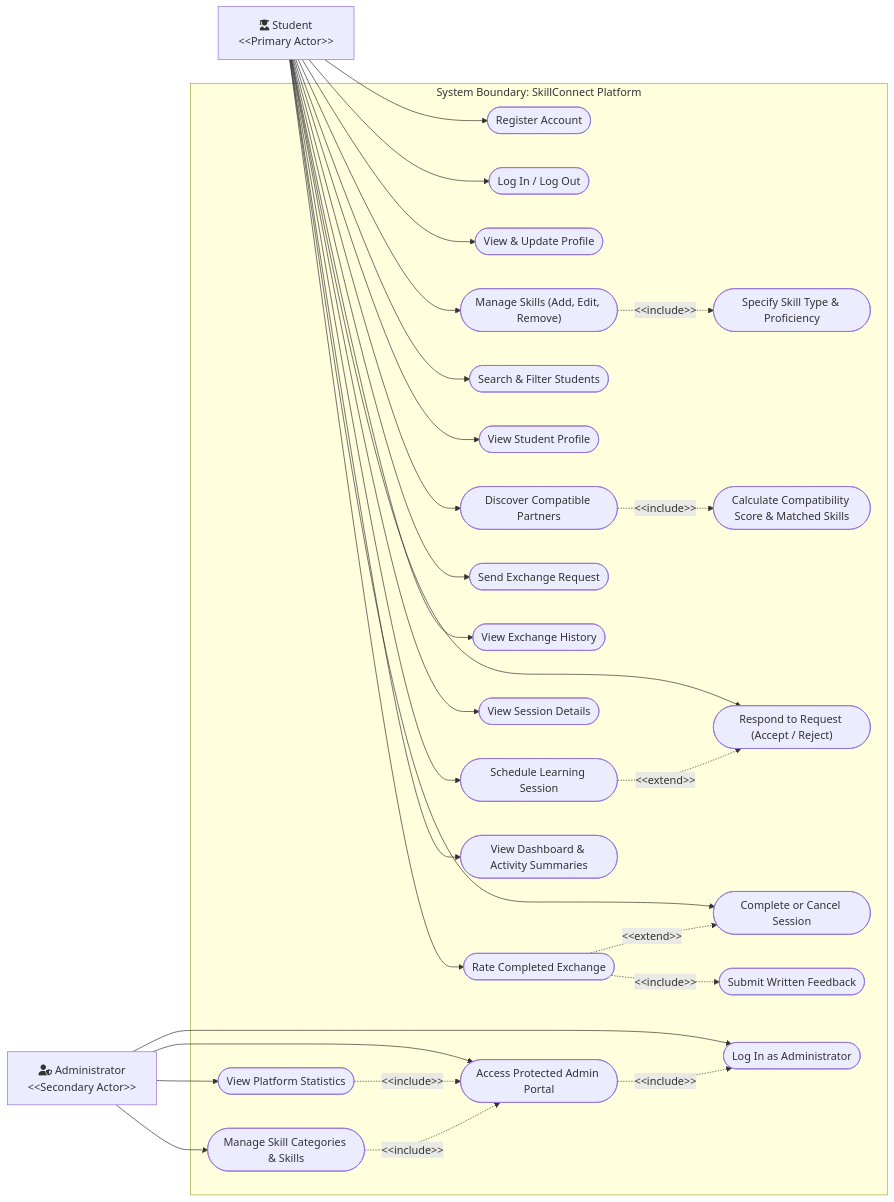
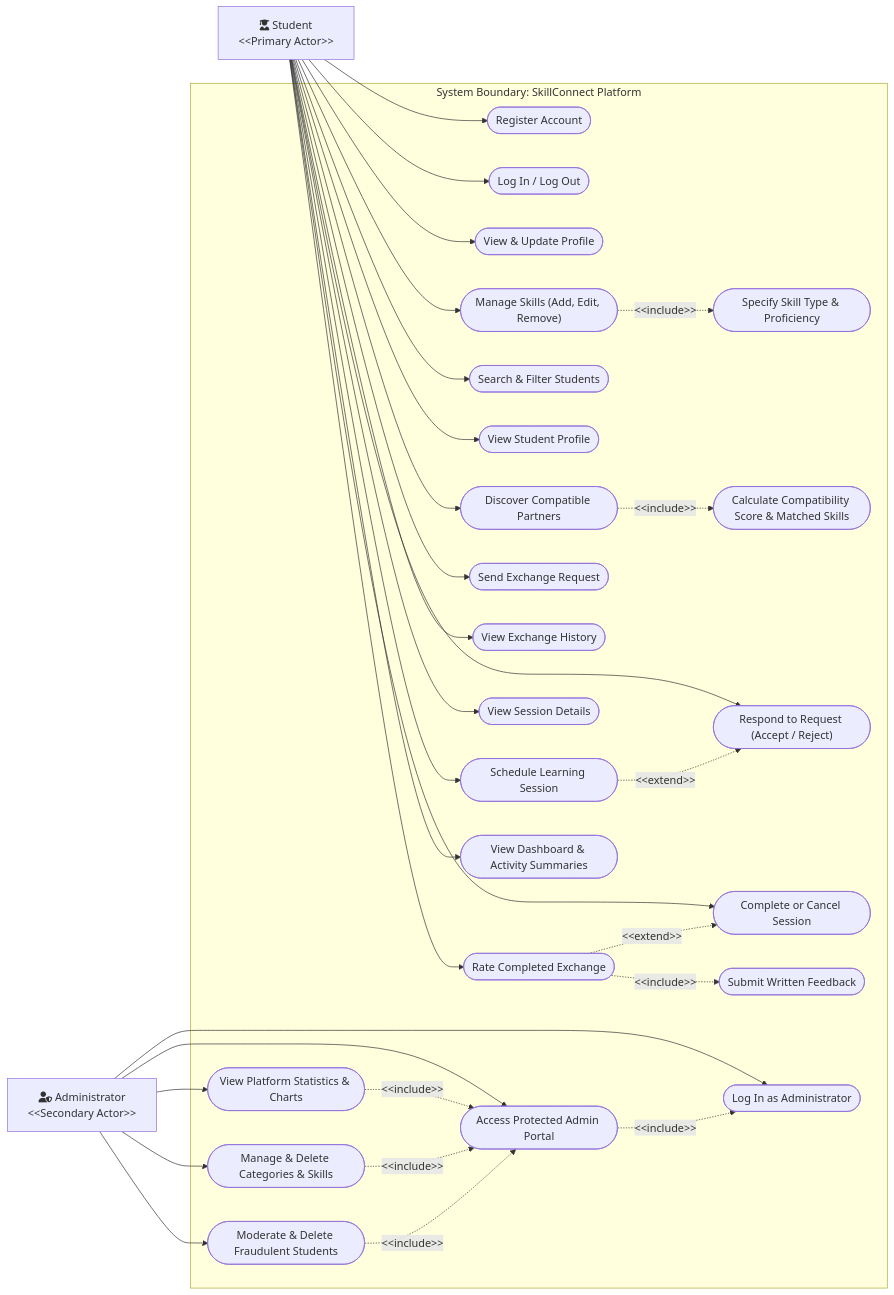
Before and after one commit to komalbhalshankar/SkillConnect: the diagram in docs/use_case_diagram.mmd, drawn with Mermaid. The commit also changed 15 other files, not shown here.

Commit message:
docs(diagrams): update UML Use Case, Class, Module Description diagrams and specs with admin moderation and analytics

```diff
--- a/docs/use_case_diagram.mmd
+++ b/docs/use_case_diagram.mmd
@@ -1,73 +1,76 @@
 flowchart LR
     %% Actors
     Student["fa:fa-user-graduate Student<br/>&lt;&lt;Primary Actor&gt;&gt;"]
     Admin["fa:fa-user-shield Administrator<br/>&lt;&lt;Secondary Actor&gt;&gt;"]
 
     subgraph SkillConnect ["System Boundary: SkillConnect Platform"]
         %% Module 1
         UC_Reg(["Register Account"])
         UC_Auth(["Log In / Log Out"])
         UC_Prof(["View & Update Profile"])
 
         %% Module 2
         UC_ManageSkills(["Manage Skills (Add, Edit, Remove)"])
         UC_SkillDetails(["Specify Skill Type & Proficiency"])
 
         %% Module 3
         UC_Search(["Search & Filter Students"])
         UC_ViewProfile(["View Student Profile"])
         UC_Discover(["Discover Compatible Partners"])
         UC_CalculateScore(["Calculate Compatibility Score & Matched Skills"])
 
         %% Module 4
         UC_SendRequest(["Send Exchange Request"])
         UC_RespondRequest(["Respond to Request (Accept / Reject)"])
         UC_History(["View Exchange History"])
         UC_Schedule(["Schedule Learning Session"])
         UC_SessionDetails(["View Session Details"])
         UC_CompleteSession(["Complete or Cancel Session"])
 
         %% Module 5
         UC_Rate(["Rate Completed Exchange"])
         UC_Feedback(["Submit Written Feedback"])
         UC_Dashboard(["View Dashboard & Activity Summaries"])
 
         %% Administration
         UC_AdminLogin(["Log In as Administrator"])
         UC_AdminPortal(["Access Protected Admin Portal"])
-        UC_AdminStats(["View Platform Statistics"])
-        UC_ManageTaxonomy(["Manage Skill Categories & Skills"])
+        UC_AdminStats(["View Platform Statistics & Charts"])
+        UC_ManageTaxonomy(["Manage & Delete Categories & Skills"])
+        UC_ModerateStudents(["Moderate & Delete Fraudulent Students"])
     end
 
     %% Student Connections
     Student --> UC_Reg
     Student --> UC_Auth
     Student --> UC_Prof
     Student --> UC_ManageSkills
     Student --> UC_Search
     Student --> UC_ViewProfile
     Student --> UC_Discover
     Student --> UC_SendRequest
     Student --> UC_RespondRequest
     Student --> UC_History
     Student --> UC_Schedule
     Student --> UC_SessionDetails
     Student --> UC_CompleteSession
     Student --> UC_Rate
     Student --> UC_Dashboard
 
     %% Include / Extend Connections
     UC_ManageSkills -.->|&lt;&lt;include&gt;&gt;| UC_SkillDetails
     UC_Discover -.->|&lt;&lt;include&gt;&gt;| UC_CalculateScore
     UC_Rate -.->|&lt;&lt;include&gt;&gt;| UC_Feedback
     UC_Schedule -.->|&lt;&lt;extend&gt;&gt;| UC_RespondRequest
     UC_Rate -.->|&lt;&lt;extend&gt;&gt;| UC_CompleteSession
 
     %% Admin Connections
     Admin --> UC_AdminLogin
     Admin --> UC_AdminPortal
     Admin --> UC_AdminStats
     Admin --> UC_ManageTaxonomy
+    Admin --> UC_ModerateStudents
     UC_AdminPortal -.->|&lt;&lt;include&gt;&gt;| UC_AdminLogin
     UC_AdminStats -.->|&lt;&lt;include&gt;&gt;| UC_AdminPortal
     UC_ManageTaxonomy -.->|&lt;&lt;include&gt;&gt;| UC_AdminPortal
+    UC_ModerateStudents -.->|&lt;&lt;include&gt;&gt;| UC_AdminPortal
```
